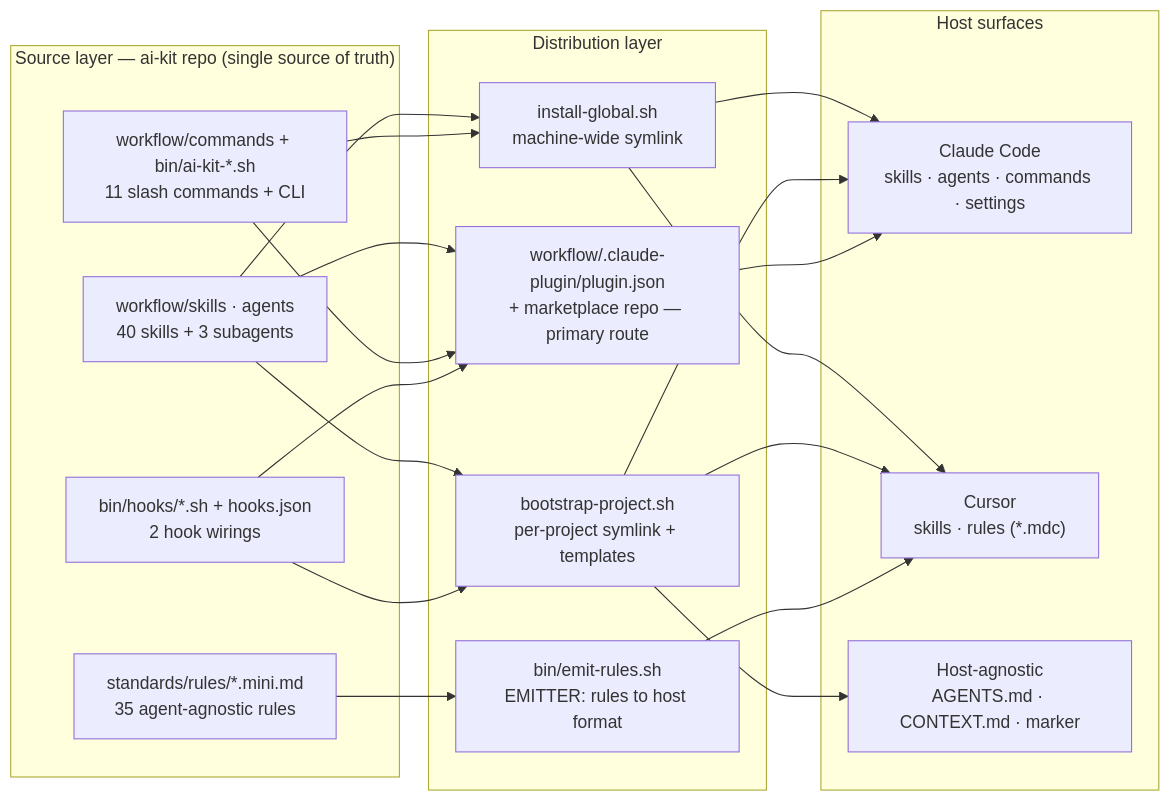
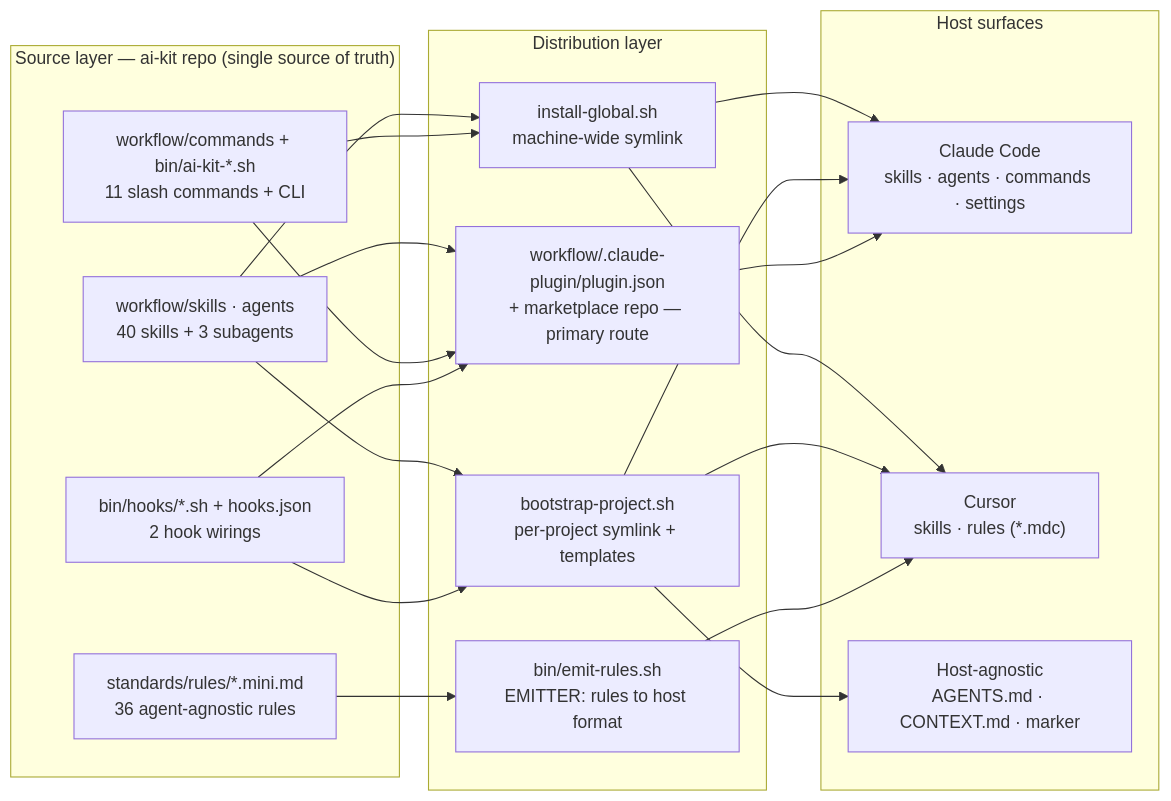
The first of 2 diagrams in docs/diagrams.md (yusufkaracaburun/ai-kit), drawn with Mermaid before and after one commit. The commit also changed 4 other files, not shown here.

````diff
--- a/docs/diagrams.md
+++ b/docs/diagrams.md
@@ -10,32 +10,32 @@
 ```mermaid
 flowchart LR
   subgraph SRC["Source layer — ai-kit repo (single source of truth)"]
     SA["workflow/skills · agents<br/>40 skills + 3 subagents"]
     CB["workflow/commands + bin/ai-kit-*.sh<br/>11 slash commands + CLI"]
     H["bin/hooks/*.sh + hooks.json<br/>2 hook wirings"]
-    R["standards/rules/*.mini.md<br/>35 agent-agnostic rules"]
+    R["standards/rules/*.mini.md<br/>36 agent-agnostic rules"]
   end
 
   subgraph DIST["Distribution layer"]
     IG["install-global.sh<br/>machine-wide symlink"]
     PL["workflow/.claude-plugin/plugin.json<br/>+ marketplace repo — primary route"]
     BP["bootstrap-project.sh<br/>per-project symlink + templates"]
     ER["bin/emit-rules.sh<br/>EMITTER: rules to host format"]
   end
 
   subgraph HOSTS["Host surfaces"]
     CC["Claude Code<br/>skills · agents · commands · settings"]
     CU["Cursor<br/>skills · rules (*.mdc)"]
     HA["Host-agnostic<br/>AGENTS.md · CONTEXT.md · marker"]
   end
 
   SA --> IG & BP & PL
   CB --> IG & PL
   H --> PL & BP
   R --> ER
 
   IG --> CC & CU
   BP --> CC & CU & HA
   PL --> CC
   ER --> CU
 ```
````
